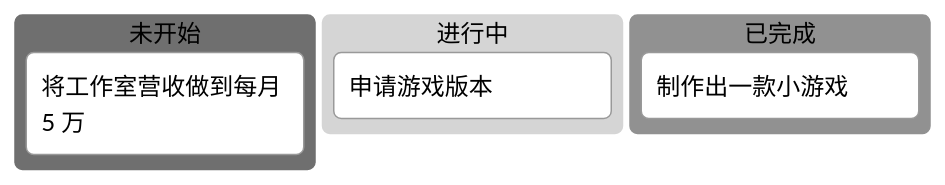
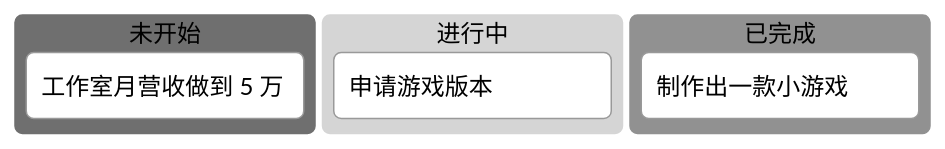
Before and after one commit to sedna-works/sedna-works.github.io: the diagram in content/_index.md, drawn with Mermaid (neutral theme).

````diff
--- a/content/_index.md
+++ b/content/_index.md
@@ -13,9 +13,9 @@
 ```mermaid
 kanban
 未开始
-    将工作室营收做到每月 5 万
+    工作室月营收做到 5 万
 进行中
     申请游戏版本
 已完成
     制作出一款小游戏
 ```
````
